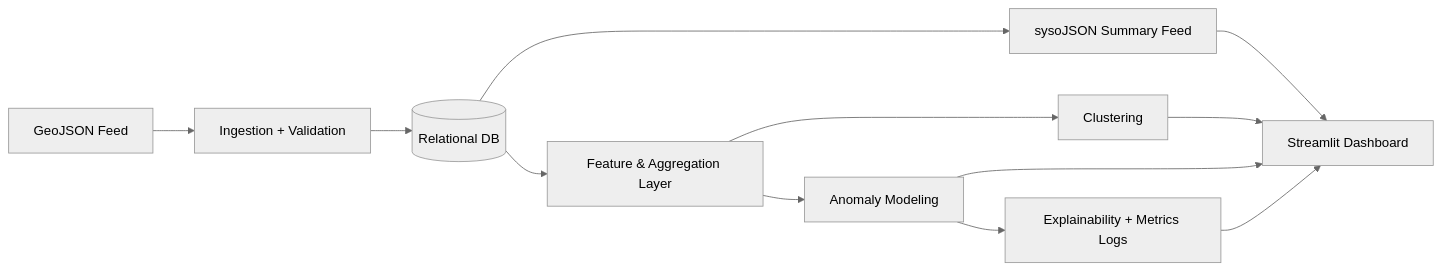
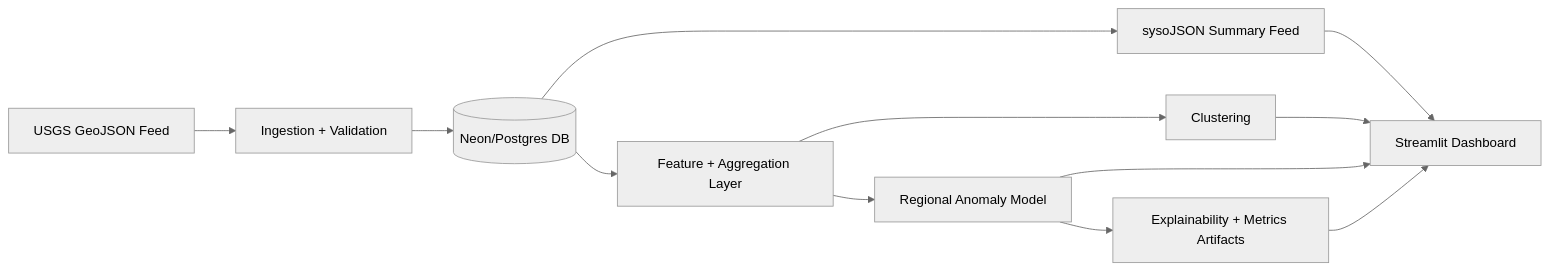
Before and after one commit to Mokshitha1303/Real-Time-Earthquake-Analytics: the diagram in README.md, drawn with Mermaid (neutral theme). The commit also changed other lines of this file, not shown here.

````diff
--- a/README.md
+++ b/README.md
@@ -24,14 +23,14 @@
 ```mermaid
 flowchart LR
-    A[GeoJSON Feed] --> B[Ingestion + Validation]
-    B --> C[(Relational DB)]
-    C --> D[Feature & Aggregation Layer]
+    A[USGS GeoJSON Feed] --> B[Ingestion + Validation]
+    B --> C[(Neon/Postgres DB)]
+    C --> D[Feature + Aggregation Layer]
     D --> E[Clustering]
-    D --> F[Anomaly Modeling]
-    F --> G[Explainability + Metrics Logs]
+    D --> F[Regional Anomaly Model]
+    F --> G[Explainability + Metrics Artifacts]
     C --> H[sysoJSON Summary Feed]
     H --> I[Streamlit Dashboard]
     E --> I
     F --> I
     G --> I
 ```
````
